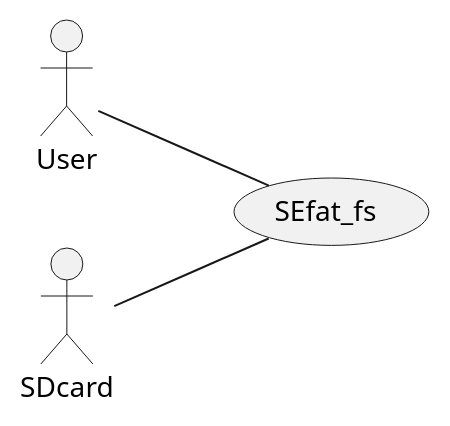
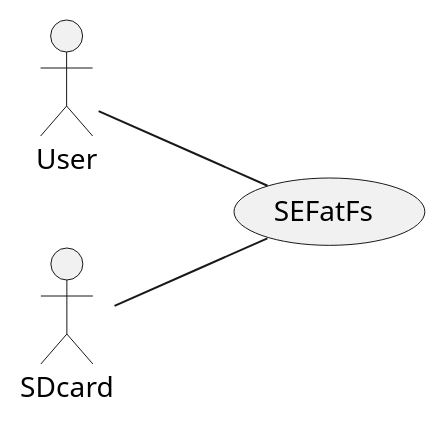
One commit to SEcube-Project/SEcube-SDK changed the first of 3 diagrams in RequirementsDocument.md. Above: the diagram before and after it, drawn with PlantUML. The commit also changed other lines of this file, not shown here.

````diff
--- a/RequirementsDocument.md
+++ b/RequirementsDocument.md
@@ -36,7 +36,7 @@
 ```plantuml
 left to right direction
 actor User as u
 actor SDcard as mp
-u -- (SEfat_fs)
-mp --(SEfat_fs)
+u -- (SEFatFs)
+mp --(SEFatFs)
 ```
````
